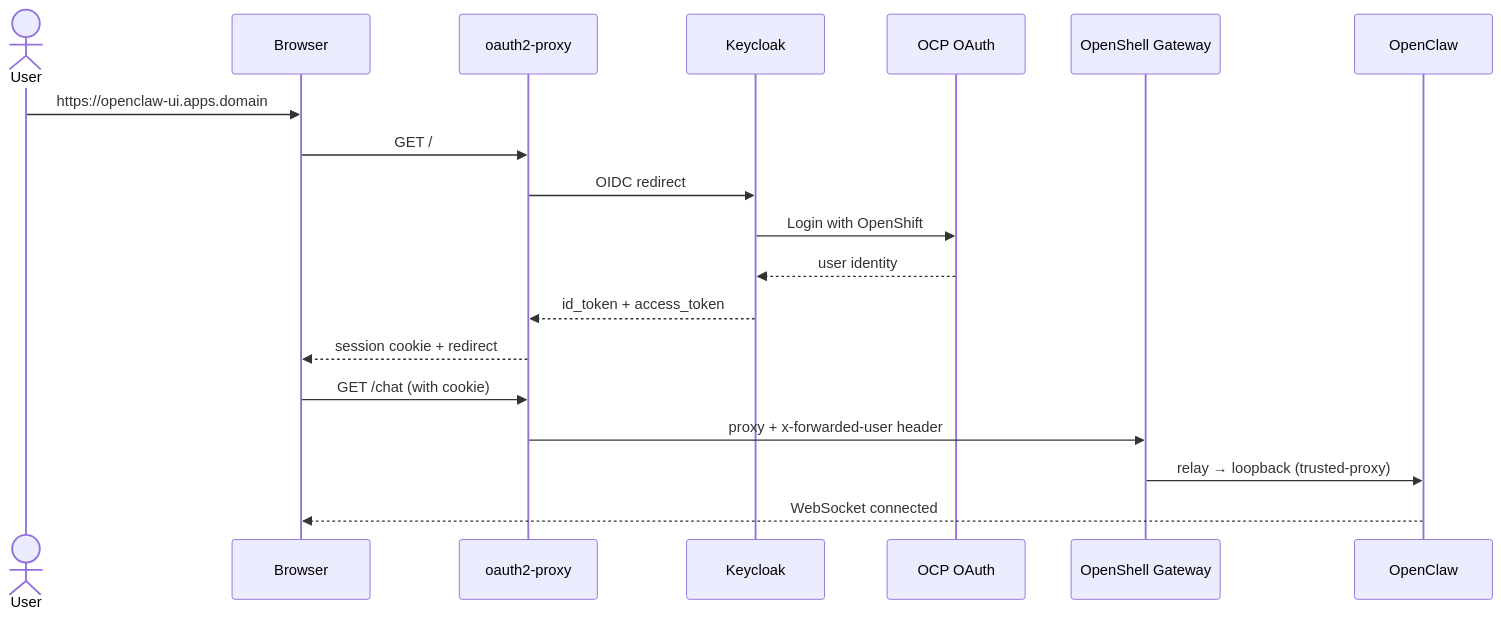
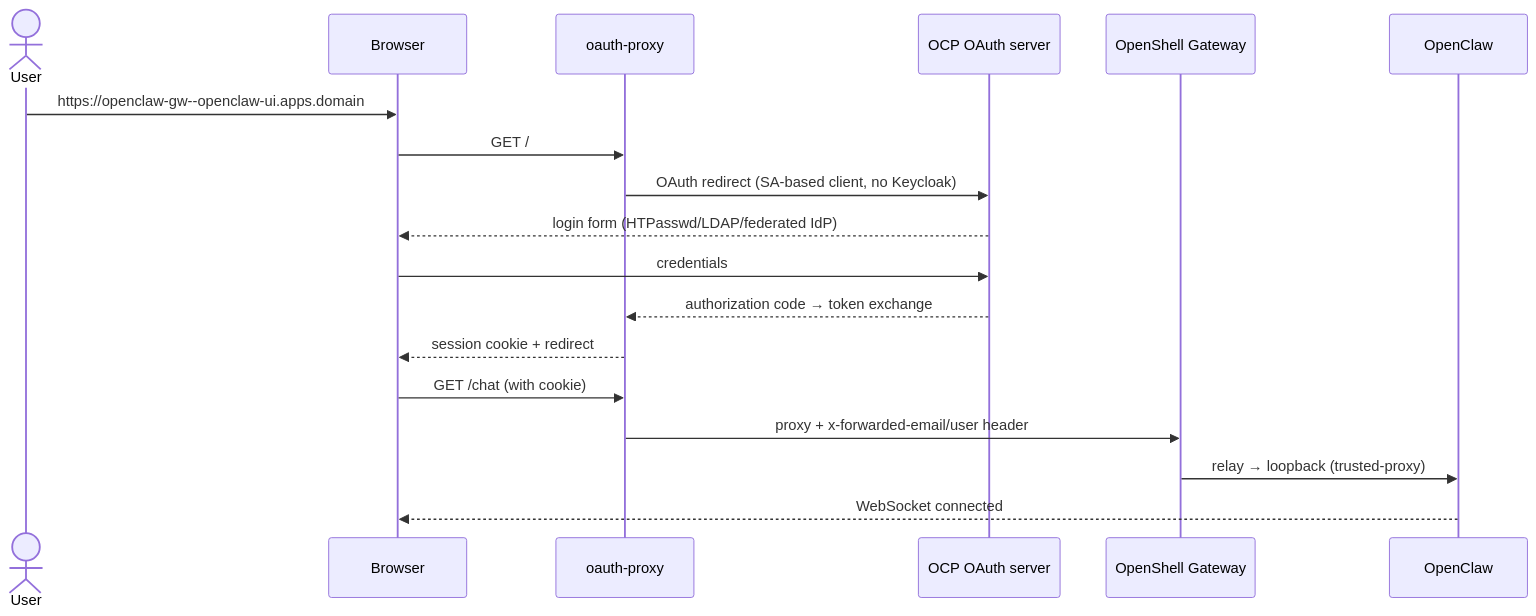
The second of 2 diagrams in README.md (davidseve/open-claw-in-openshell), drawn with Mermaid before and after one commit. The commit also changed other lines of this file and 38 other files, not shown here.

First line of the commit message:
feat(auth): migrate browser UI to OpenShift-native oauth-proxy

````diff
--- a/README.md
+++ b/README.md
@@ -47,22 +46,21 @@
 ```mermaid
 sequenceDiagram
   actor User
   participant Browser
-  participant OAuth2 as oauth2-proxy
-  participant KC as Keycloak
-  participant OCP as OCP OAuth
+  participant OAuthProxy as oauth-proxy
+  participant OCP as OCP OAuth server
   participant GW as OpenShell Gateway
   participant OC as OpenClaw
 
-  User->>Browser: https://openclaw-ui.apps.domain
-  Browser->>OAuth2: GET /
-  OAuth2->>KC: OIDC redirect
-  KC->>OCP: Login with OpenShift
-  OCP-->>KC: user identity
-  KC-->>OAuth2: id_token + access_token
-  OAuth2-->>Browser: session cookie + redirect
-  Browser->>OAuth2: GET /chat (with cookie)
-  OAuth2->>GW: proxy + x-forwarded-user header
+  User->>Browser: https://openclaw-gw--openclaw-ui.apps.domain
+  Browser->>OAuthProxy: GET /
+  OAuthProxy->>OCP: OAuth redirect (SA-based client, no Keycloak)
+  OCP-->>Browser: login form (HTPasswd/LDAP/federated IdP)
+  Browser->>OCP: credentials
+  OCP-->>OAuthProxy: authorization code → token exchange
+  OAuthProxy-->>Browser: session cookie + redirect
+  Browser->>OAuthProxy: GET /chat (with cookie)
+  OAuthProxy->>GW: proxy + x-forwarded-email/user header
   GW->>OC: relay → loopback (trusted-proxy)
   OC-->>Browser: WebSocket connected
 ```
````
